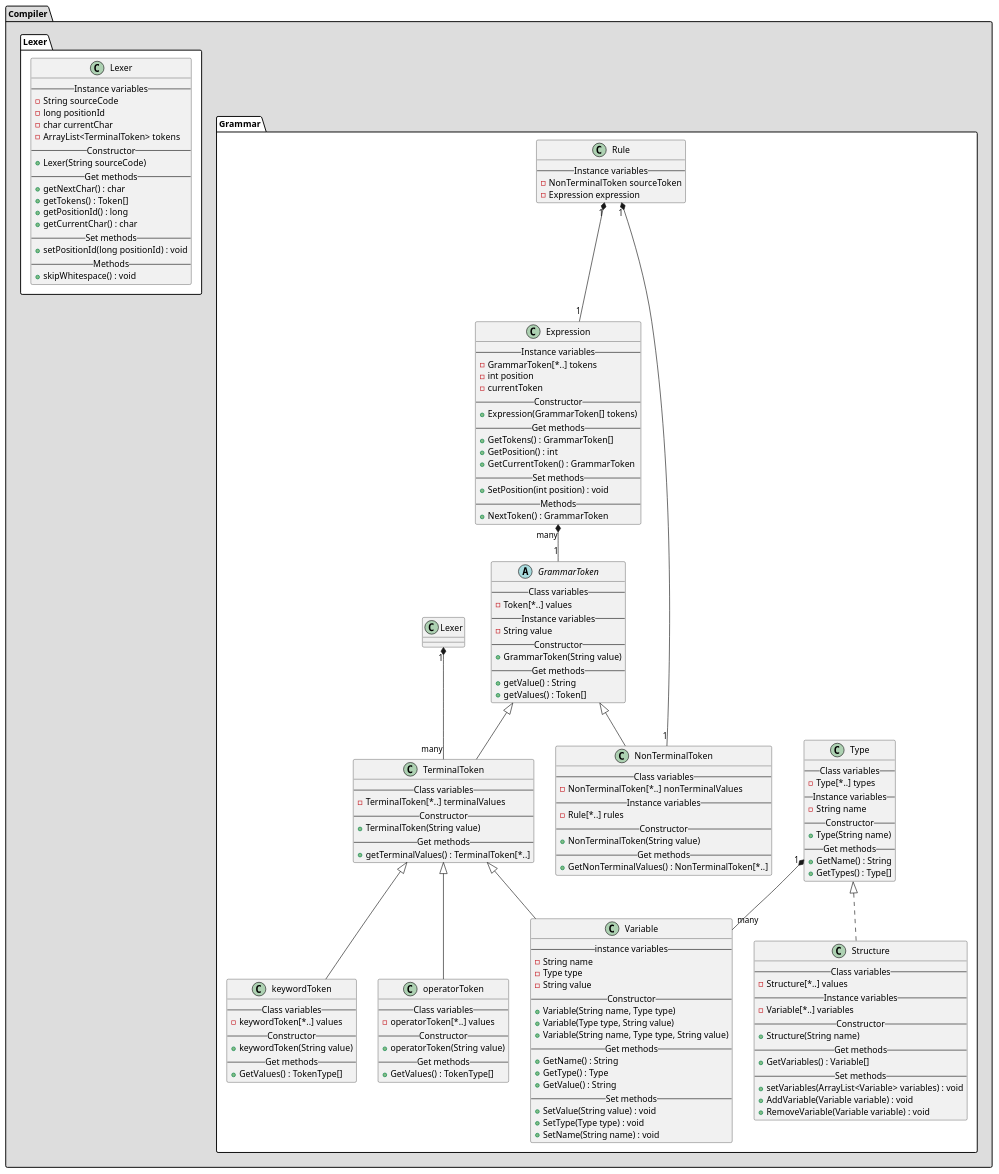
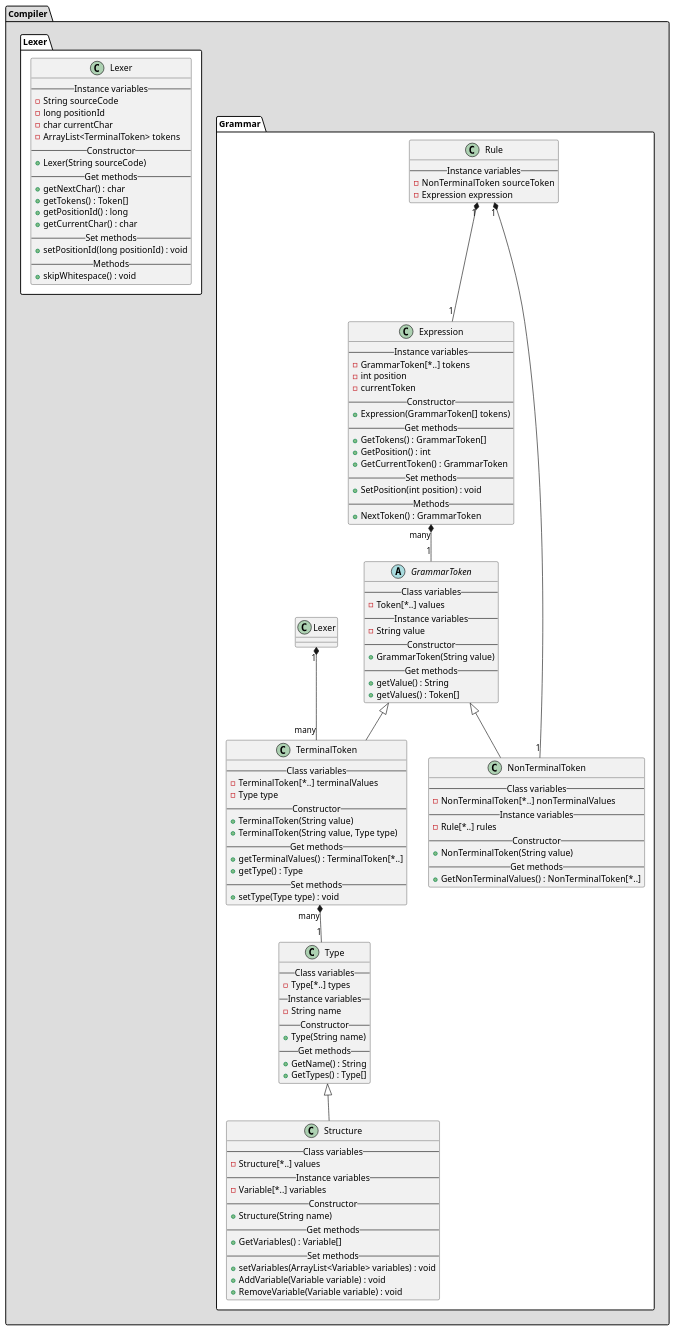
One commit to IamMoShi/Compilation_Birkel_Fornoff_Germain_Neyens changed the diagram in GestionDeProjet/Token.puml. Above: the diagram before and after it, drawn with PlantUML. The commit also changed 5 other files, not shown here.

```diff
--- a/GestionDeProjet/Token.puml
+++ b/GestionDeProjet/Token.puml
@@ -1,162 +1,130 @@
 @startuml
 
 package Compiler #DDDDDD {}
 
 package Compiler.Grammar #FFFFFF{
 
 abstract class GrammarToken {
     -- Class variables --
     - Token[*..] values
     -- Instance variables --
     - String value
     -- Constructor --
     + GrammarToken(String value)
     -- Get methods --
     + getValue() : String
     + getValues() : Token[]
 }
 
 class TerminalToken extends GrammarToken {
     -- Class variables --
     - TerminalToken[*..] terminalValues
+    - Type type
     -- Constructor --
     + TerminalToken(String value)
+    + TerminalToken(String value, Type type)
     -- Get methods --
     + getTerminalValues() : TerminalToken[*..]
-}
-
-class keywordToken extends TerminalToken {
-    -- Class variables --
-    - keywordToken[*..] values
-    -- Constructor --
-    + keywordToken(String value)
-    -- Get methods --
-    + GetValues() : TokenType[]
+    + getType() : Type
+    -- Set methods --
+    + setType(Type type) : void
 }
 
 class NonTerminalToken extends GrammarToken {
     -- Class variables --
     - NonTerminalToken[*..] nonTerminalValues
     -- Instance variables --
     - Rule[*..] rules
     -- Constructor --
     + NonTerminalToken(String value)
     -- Get methods --
     + GetNonTerminalValues() : NonTerminalToken[*..]
-}
-
-class operatorToken extends TerminalToken {
-    -- Class variables --
-    - operatorToken[*..] values
-    -- Constructor --
-    + operatorToken(String value)
-    -- Get methods --
-    + GetValues() : TokenType[]
-}
-
-class Variable extends TerminalToken {
-    -- instance variables --
-    - String name
-    - Type type
-    - String value
-    -- Constructor --
-    + Variable(String name, Type type)
-    + Variable(Type type, String value)
-    + Variable(String name, Type type, String value)
-    -- Get methods --
-    + GetName() : String
-    + GetType() : Type
-    + GetValue() : String
-    -- Set methods --
-    + SetValue(String value) : void
-    + SetType(Type type) : void
-    + SetName(String name) : void
 }
 
 class Type {
     -- Class variables --
     - Type[*..] types
     -- Instance variables --
     - String name
     -- Constructor --
     + Type(String name)
     -- Get methods --
     + GetName() : String
     + GetTypes() : Type[]
 }
 
-Type "1" *-- "many" Variable
+TerminalToken "many" *-- "1" Type
 
-class Structure implements Type {
+class Structure extends Type {
     -- Class variables --
     - Structure[*..] values
     -- Instance variables --
     - Variable[*..] variables
     -- Constructor --
     + Structure(String name)
     -- Get methods --
     + GetVariables() : Variable[]
     -- Set methods --
     + setVariables(ArrayList<Variable> variables) : void
     + AddVariable(Variable variable) : void
     + RemoveVariable(Variable variable) : void
 }
 
 Expression "many" *-- "1" GrammarToken
 
 
 class Expression {
     -- Instance variables --
     - GrammarToken[*..] tokens
     - int position
     - currentToken
     -- Constructor --
     + Expression(GrammarToken[] tokens)
     -- Get methods --
     + GetTokens() : GrammarToken[]
     + GetPosition() : int
     + GetCurrentToken() : GrammarToken
     -- Set methods --
     + SetPosition(int position) : void
     -- Methods --
     + NextToken() : GrammarToken
 }
 
 Rule "1" *-- "1" Expression
 Rule "1" *-- "1" NonTerminalToken
 
 class Rule {
     -- Instance variables --
     - NonTerminalToken sourceToken
     - Expression expression
 }
 
 Lexer "1" *-- "many" TerminalToken
 
 
 }
 
 package Compiler.Lexer #FFFFFF {
 
 class Lexer {
     -- Instance variables --
     - String sourceCode
     - long positionId
     - char currentChar
     - ArrayList<TerminalToken> tokens
     -- Constructor --
     + Lexer(String sourceCode)
     -- Get methods --
     + getNextChar() : char
     + getTokens() : Token[]
     + getPositionId() : long
     + getCurrentChar() : char
     -- Set methods --
     + setPositionId(long positionId) : void
     -- Methods --
     + skipWhitespace() : void
 }
 
 }
 
 @enduml
```
